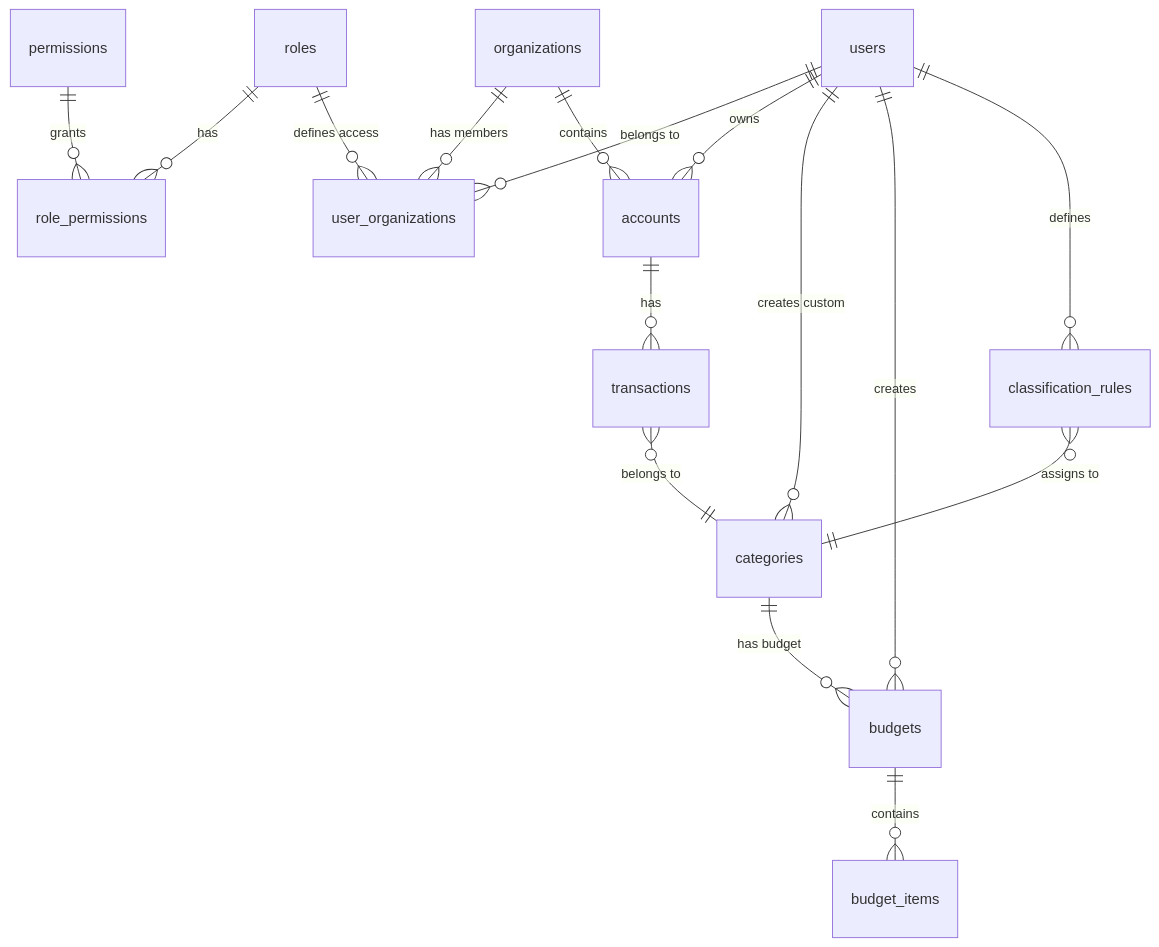
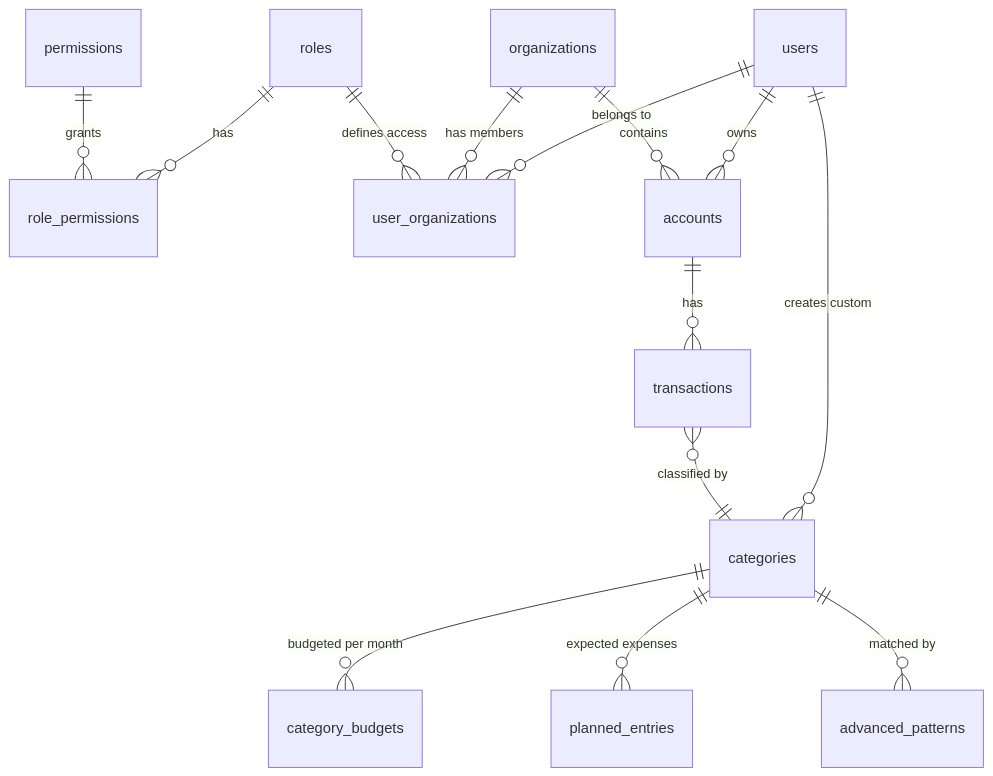
Before and after one commit to lucastamoios/celeiro: the diagram in docs/database.md, drawn with Mermaid. The commit also changed other lines of this file and 36 other files, not shown here.

````diff
--- a/docs/database.md
+++ b/docs/database.md
@@ -7,22 +5,17 @@
 ```mermaid
 erDiagram
-    %% Auth & Organization Layer
-    roles ||--o{ role_permissions : "has"
-    permissions ||--o{ role_permissions : "grants"
+    roles ||--o{ role_permissions : has
+    permissions ||--o{ role_permissions : grants
     users ||--o{ user_organizations : "belongs to"
     organizations ||--o{ user_organizations : "has members"
     roles ||--o{ user_organizations : "defines access"
 
-    %% Financial Layer
-    users ||--o{ accounts : "owns"
+    users ||--o{ accounts : owns
     users ||--o{ categories : "creates custom"
-    users ||--o{ budgets : "creates"
-    users ||--o{ classification_rules : "defines"
-
-    organizations ||--o{ accounts : "contains"
-    accounts ||--o{ transactions : "has"
-    transactions }o--|| categories : "belongs to"
-    categories ||--o{ budgets : "has budget"
-    budgets ||--o{ budget_items : "contains"
-    classification_rules }o--|| categories : "assigns to"
+    organizations ||--o{ accounts : contains
+    accounts ||--o{ transactions : has
+    transactions }o--|| categories : "classified by"
+    categories ||--o{ category_budgets : "budgeted per month"
+    categories ||--o{ planned_entries : "expected expenses"
+    categories ||--o{ advanced_patterns : "matched by"
 ```
````
